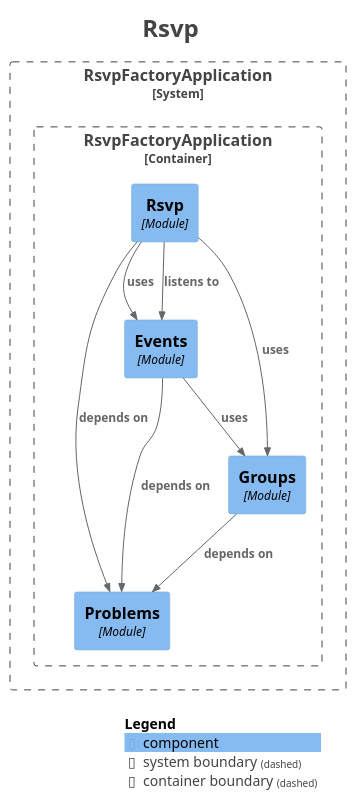
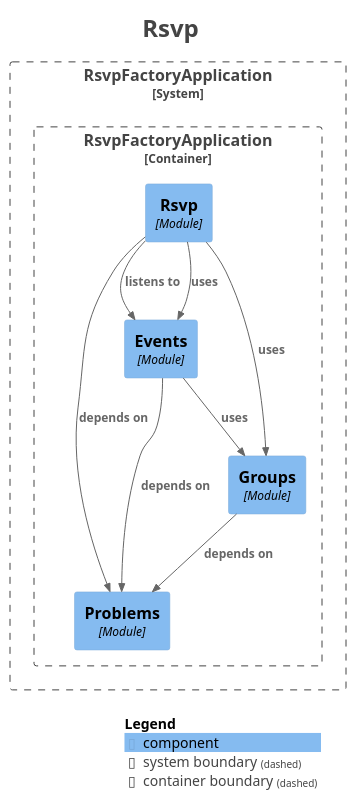
One commit to kylehoehns/rsvp-factory changed the diagram in docs/modules/module-rsvp.puml. Above: the diagram before and after it, drawn with PlantUML. The commit also changed other lines of this file and 3 other files, not shown here.

```diff
--- a/docs/modules/module-rsvp.puml
+++ b/docs/modules/module-rsvp.puml
@@ -1,38 +1,38 @@
 @startuml
 title <size:24>Rsvp</size>
 
 set separator none
 top to bottom direction
 
 <style>
   root {
     BackgroundColor: #ffffff
     FontColor: #444444
   }
 </style>
 
 !include <C4/C4>
 !include <C4/C4_Context>
 !include <C4/C4_Component>
 
 System_Boundary("RsvpFactoryApplication_boundary", "RsvpFactoryApplication", $tags="") {
   Container_Boundary("RsvpFactoryApplication.RsvpFactoryApplication_boundary", "RsvpFactoryApplication", $tags="") {
     Component(RsvpFactoryApplication.RsvpFactoryApplication.Problems, "Problems", $techn="Module", $descr="", $tags="", $link="")
     Component(RsvpFactoryApplication.RsvpFactoryApplication.Groups, "Groups", $techn="Module", $descr="", $tags="", $link="")
     Component(RsvpFactoryApplication.RsvpFactoryApplication.Events, "Events", $techn="Module", $descr="", $tags="", $link="")
     Component(RsvpFactoryApplication.RsvpFactoryApplication.Rsvp, "Rsvp", $techn="Module", $descr="", $tags="", $link="")
   }
 
 }
 
-Rel(RsvpFactoryApplication.RsvpFactoryApplication.Rsvp, RsvpFactoryApplication.RsvpFactoryApplication.Events, "listens to", $techn="", $tags="", $link="")
 Rel(RsvpFactoryApplication.RsvpFactoryApplication.Rsvp, RsvpFactoryApplication.RsvpFactoryApplication.Problems, "depends on", $techn="", $tags="", $link="")
 Rel(RsvpFactoryApplication.RsvpFactoryApplication.Rsvp, RsvpFactoryApplication.RsvpFactoryApplication.Events, "uses", $techn="", $tags="", $link="")
 Rel(RsvpFactoryApplication.RsvpFactoryApplication.Rsvp, RsvpFactoryApplication.RsvpFactoryApplication.Groups, "uses", $techn="", $tags="", $link="")
+Rel(RsvpFactoryApplication.RsvpFactoryApplication.Groups, RsvpFactoryApplication.RsvpFactoryApplication.Problems, "depends on", $techn="", $tags="", $link="")
 Rel(RsvpFactoryApplication.RsvpFactoryApplication.Events, RsvpFactoryApplication.RsvpFactoryApplication.Problems, "depends on", $techn="", $tags="", $link="")
 Rel(RsvpFactoryApplication.RsvpFactoryApplication.Events, RsvpFactoryApplication.RsvpFactoryApplication.Groups, "uses", $techn="", $tags="", $link="")
-Rel(RsvpFactoryApplication.RsvpFactoryApplication.Groups, RsvpFactoryApplication.RsvpFactoryApplication.Problems, "depends on", $techn="", $tags="", $link="")
+Rel(RsvpFactoryApplication.RsvpFactoryApplication.Rsvp, RsvpFactoryApplication.RsvpFactoryApplication.Events, "listens to", $techn="", $tags="", $link="")
 
 SHOW_LEGEND(true)
 hide stereotypes
 @enduml
```
